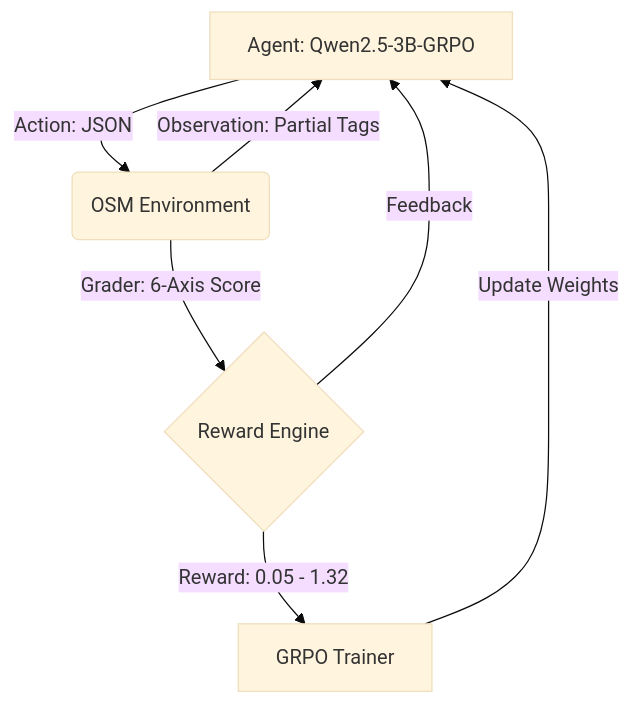
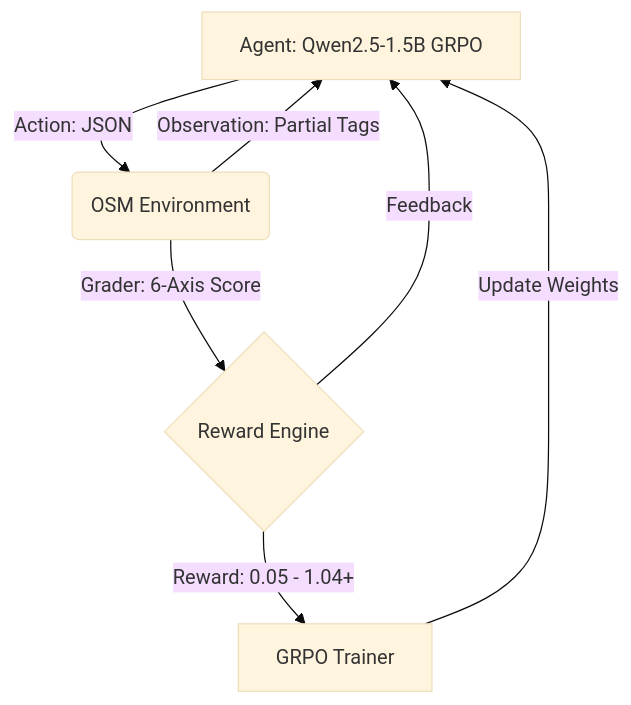
The diagram in README.md (Arawn-D/osm-map-quality-env), drawn with Mermaid (base theme) before and after one commit. The commit also changed other lines of this file, not shown here.

First line of the commit message:
docs: rewrite README with correct model info, training params, mermaid diagram, and clean structure

````diff
--- a/README.md
+++ b/README.md
@@ -57,9 +50,9 @@
 ```mermaid
 graph TD
-    A[Agent: Qwen2.5-3B-GRPO] -->|Action: JSON| B(OSM Environment)
-    B -->|Observation: Partial Tags| A
-    B -->|Grader: 6-Axis Score| C{Reward Engine}
-    C -->|Feedback| A
-    C -->|Reward: 0.05 - 1.32| D[GRPO Trainer]
-    D -->|Update Weights| A
+    A["Agent: Qwen2.5-1.5B GRPO"] -->|"Action: JSON"| B("OSM Environment")
+    B -->|"Observation: Partial Tags"| A
+    B -->|"Grader: 6-Axis Score"| C{"Reward Engine"}
+    C -->|"Feedback"| A
+    C -->|"Reward: 0.05 - 1.04+"| D["GRPO Trainer"]
+    D -->|"Update Weights"| A
 ```
````
